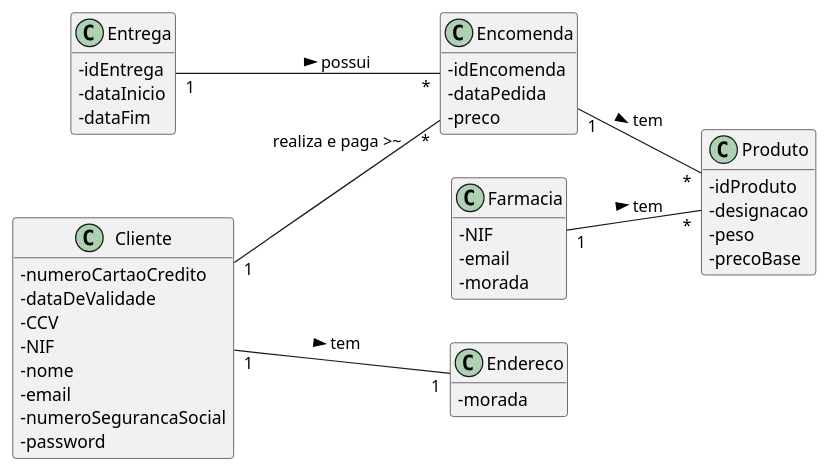
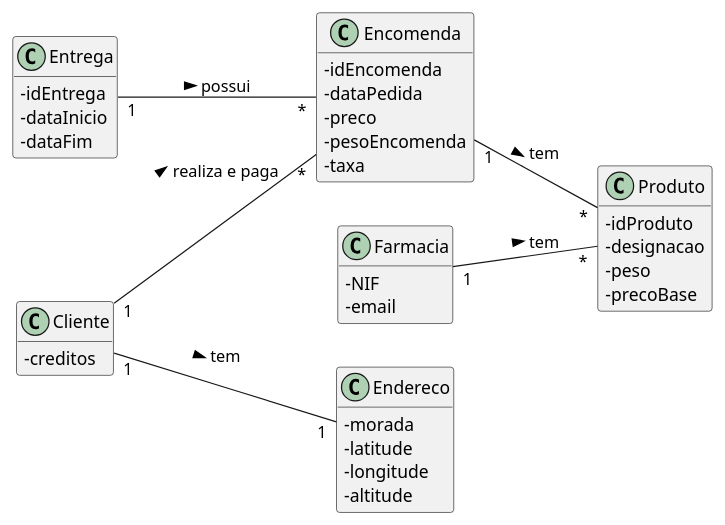
The diagram in docs/UC26/MD.puml (pedrolemos4/LAPR3), drawn with PlantUML before and after one commit. The commit also changed 8 other files, not shown here.

```diff
--- a/docs/UC26/MD.puml
+++ b/docs/UC26/MD.puml
@@ -1,54 +1,51 @@
 @startuml
 skinparam classAttributeIconSize 0
 hide methods
 left to right direction
 
 class Entrega {
   -idEntrega
   -dataInicio
   -dataFim
 }
 
 class Encomenda {
   -idEncomenda
   -dataPedida
   -preco
+  -pesoEncomenda
+  -taxa
 }
 
 class Farmacia {
   -NIF
   -email
-  -morada
 }
 
 class Endereco {
   -morada
+  -latitude
+  -longitude
+  -altitude
 }
 
 class Cliente {
-  -numeroCartaoCredito
-  -dataDeValidade
-  -CCV
-  -NIF
-  -nome
-  -email
-  -numeroSegurancaSocial
-  -password
+  -creditos
 }
 
 class Produto {
   -idProduto
   -designacao
   -peso
   -precoBase
 }
 
 
 Cliente "1" -- "1" Endereco: tem >
-Cliente "1" -- "*" Encomenda: realiza e paga >~
+Cliente "1" -- "*" Encomenda: realiza e paga >
 Entrega "1" -- "*" Encomenda : possui >
 Farmacia "1" -- "*" Produto: tem >
 Encomenda "1" -- "*" Produto: tem >
 
 
 @enduml
```
